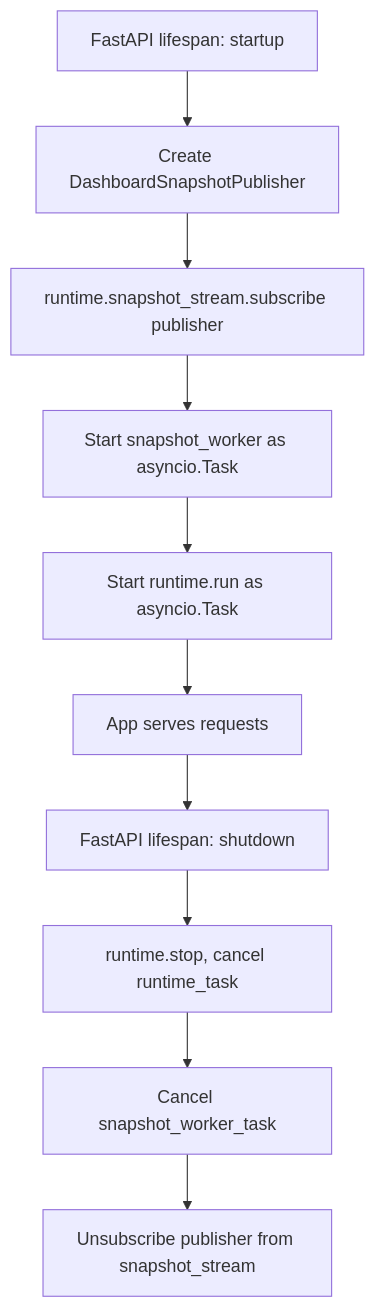
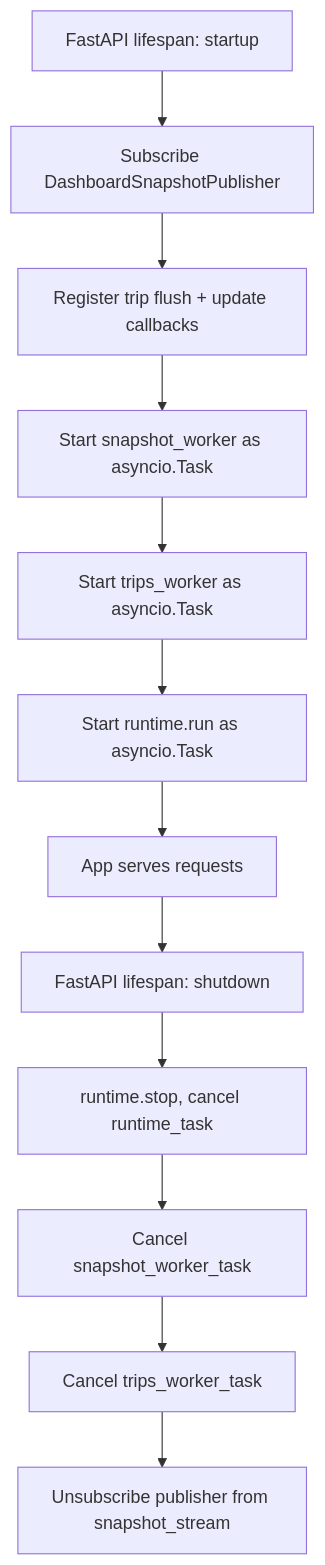
One commit to harisrana-dev/DriveVitals changed the first of 3 diagrams in docs/design/backend/api_design.md. Above: the diagram before and after it, drawn with Mermaid. The commit also changed other lines of this file and 13 other files, not shown here.

````diff
--- a/docs/design/backend/api_design.md
+++ b/docs/design/backend/api_design.md
@@ -11,12 +12,14 @@
 ```mermaid
 graph TD
-    A[FastAPI lifespan: startup] --> B[Create DashboardSnapshotPublisher]
-    B --> C[runtime.snapshot_stream.subscribe publisher]
+    A[FastAPI lifespan: startup] --> B[Subscribe DashboardSnapshotPublisher]
+    B --> C[Register trip flush + update callbacks]
     C --> D[Start snapshot_worker as asyncio.Task]
-    D --> E[Start runtime.run as asyncio.Task]
-    E --> F[App serves requests]
-    F --> G[FastAPI lifespan: shutdown]
-    G --> H[runtime.stop, cancel runtime_task]
-    H --> I[Cancel snapshot_worker_task]
-    I --> J[Unsubscribe publisher from snapshot_stream]
+    D --> E[Start trips_worker as asyncio.Task]
+    E --> F[Start runtime.run as asyncio.Task]
+    F --> G[App serves requests]
+    G --> H[FastAPI lifespan: shutdown]
+    H --> I[runtime.stop, cancel runtime_task]
+    I --> J[Cancel snapshot_worker_task]
+    J --> K[Cancel trips_worker_task]
+    K --> L[Unsubscribe publisher from snapshot_stream]
 ```
````
